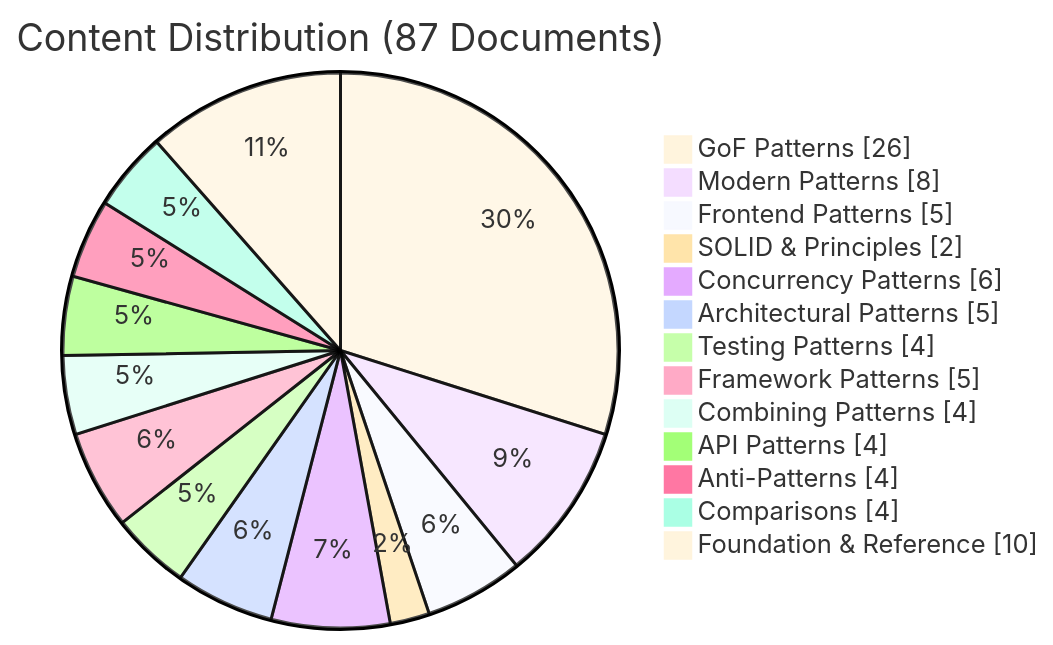
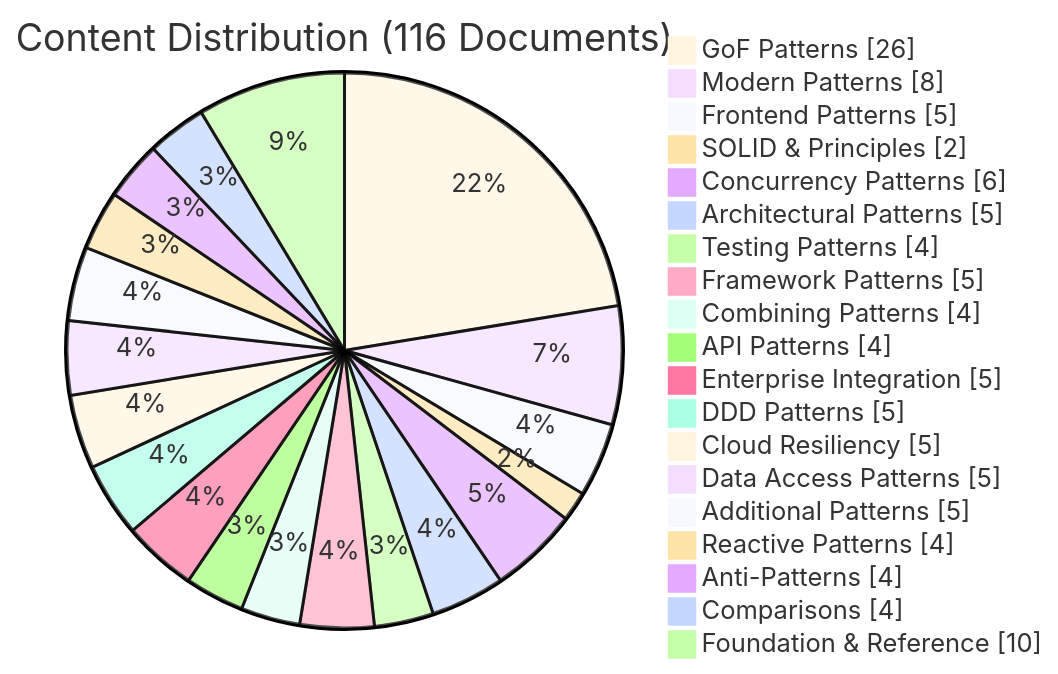
One commit to shivam-g-mishra/blog changed diagram 24 of 26 in temp/design-patterns/plan.md. Above: the diagram before and after it, drawn with Mermaid. The commit also changed other lines of this file and 31 other files, not shown here.

````diff
--- a/temp/design-patterns/plan.md
+++ b/temp/design-patterns/plan.md
@@ -3032,18 +3632,24 @@
 ```mermaid
 %%{init: {'theme': 'base'}}%%
 pie showData
-    title Content Distribution (87 Documents)
+    title Content Distribution (116 Documents)
     "GoF Patterns" : 26
     "Modern Patterns" : 8
     "Frontend Patterns" : 5
     "SOLID & Principles" : 2
     "Concurrency Patterns" : 6
     "Architectural Patterns" : 5
     "Testing Patterns" : 4
     "Framework Patterns" : 5
     "Combining Patterns" : 4
     "API Patterns" : 4
+    "Enterprise Integration" : 5
+    "DDD Patterns" : 5
+    "Cloud Resiliency" : 5
+    "Data Access Patterns" : 5
+    "Additional Patterns" : 5
+    "Reactive Patterns" : 4
     "Anti-Patterns" : 4
     "Comparisons" : 4
     "Foundation & Reference" : 10
 ```
````
